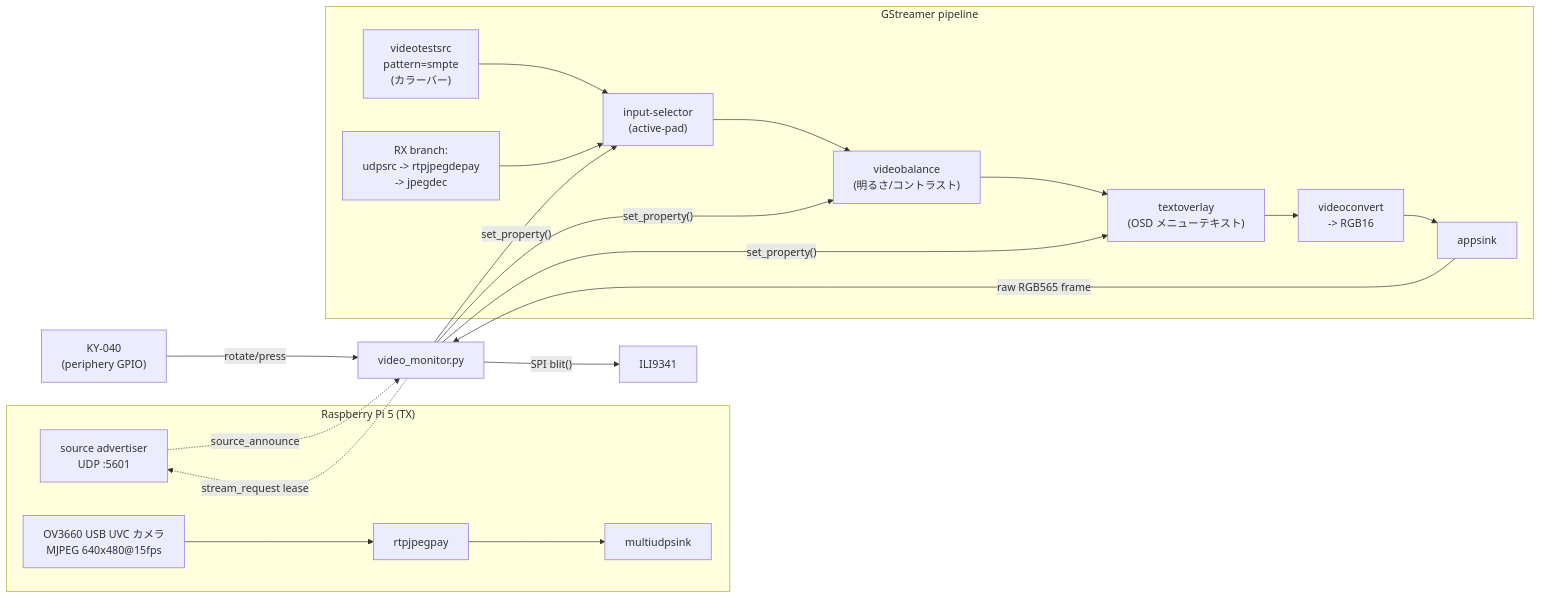
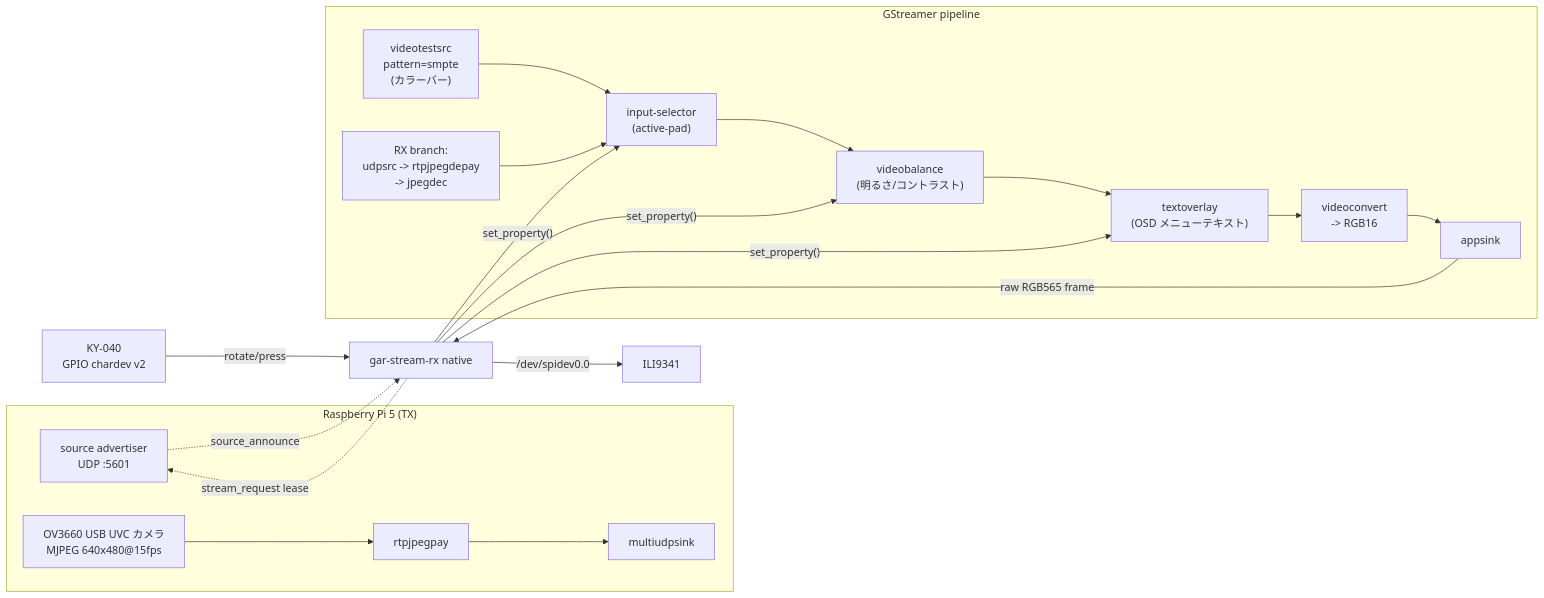
One commit to ThousandsOfTies/gar-stream-rx changed the diagram in README.md. Above: the diagram before and after it, drawn with Mermaid. The commit also changed other lines of this file and 20 other files, not shown here.

````diff
--- a/README.md
+++ b/README.md
@@ -48,23 +45,23 @@
 ```mermaid
 flowchart LR
     subgraph TX ["Raspberry Pi 5 (TX)"]
         CAM["OV3660 USB UVC カメラ\nMJPEG 640x480@15fps"] --> PAY["rtpjpegpay"] --> UDP["multiudpsink"]
         CTRL["source advertiser\nUDP :5601"]
     end
     subgraph GStreamer pipeline
         A["videotestsrc\npattern=smpte\n(カラーバー)"] --> S["input-selector\n(active-pad)"]
         B["RX branch:\nudpsrc -> rtpjpegdepay\n-> jpegdec"] --> S
         S --> V["videobalance\n(明るさ/コントラスト)"]
         V --> O["textoverlay\n(OSD メニューテキスト)"]
         O --> C["videoconvert\n-> RGB16"]
         C --> AS["appsink"]
     end
-    AS -- "raw RGB565 frame" --> PY["video_monitor.py"]
-    PY -- "SPI blit()" --> ILI["ILI9341"]
-    KY["KY-040\n(periphery GPIO)"] -- "rotate/press" --> PY
-    PY -- "set_property()" --> S
-    PY -- "set_property()" --> V
-    PY -- "set_property()" --> O
-    CTRL -. "source_announce" .-> PY
-    PY -. "stream_request lease" .-> CTRL
+    AS -- "raw RGB565 frame" --> APP["gar-stream-rx native"]
+    APP -- "/dev/spidev0.0" --> ILI["ILI9341"]
+    KY["KY-040\nGPIO chardev v2"] -- "rotate/press" --> APP
+    APP -- "set_property()" --> S
+    APP -- "set_property()" --> V
+    APP -- "set_property()" --> O
+    CTRL -. "source_announce" .-> APP
+    APP -. "stream_request lease" .-> CTRL
 ```
````
